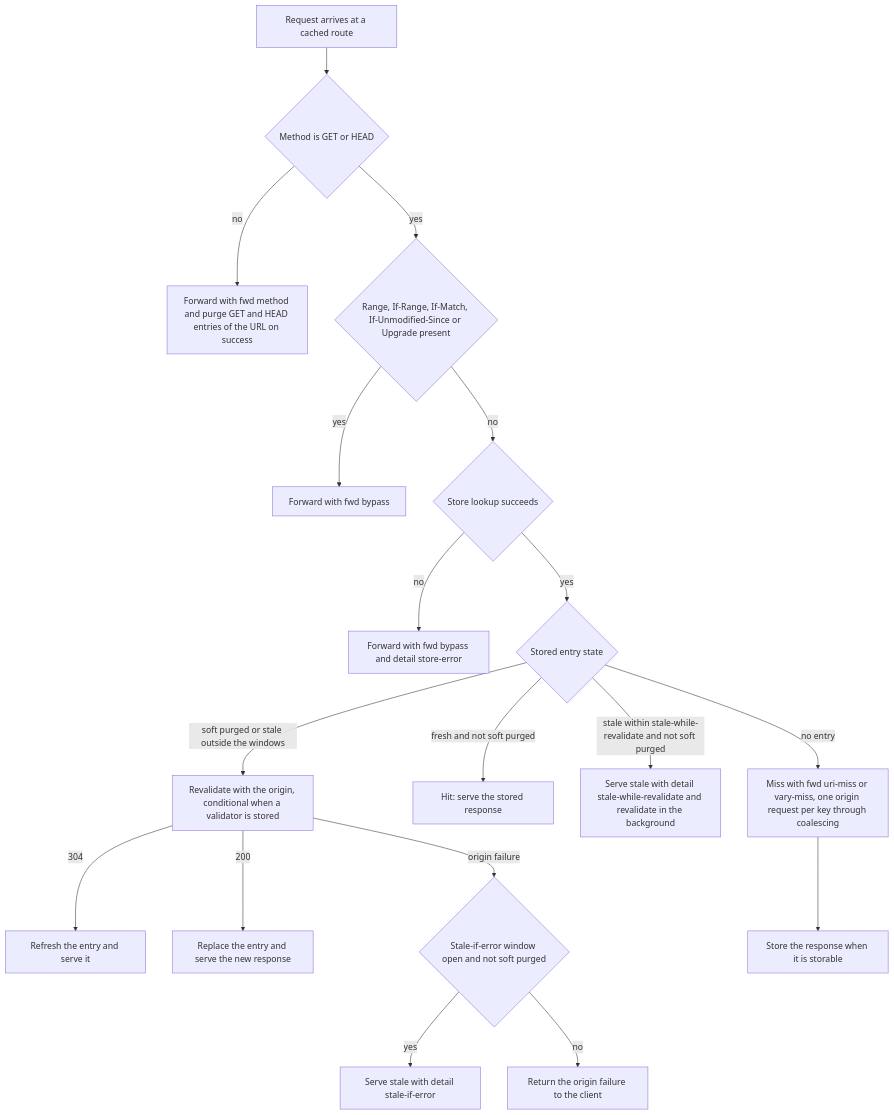
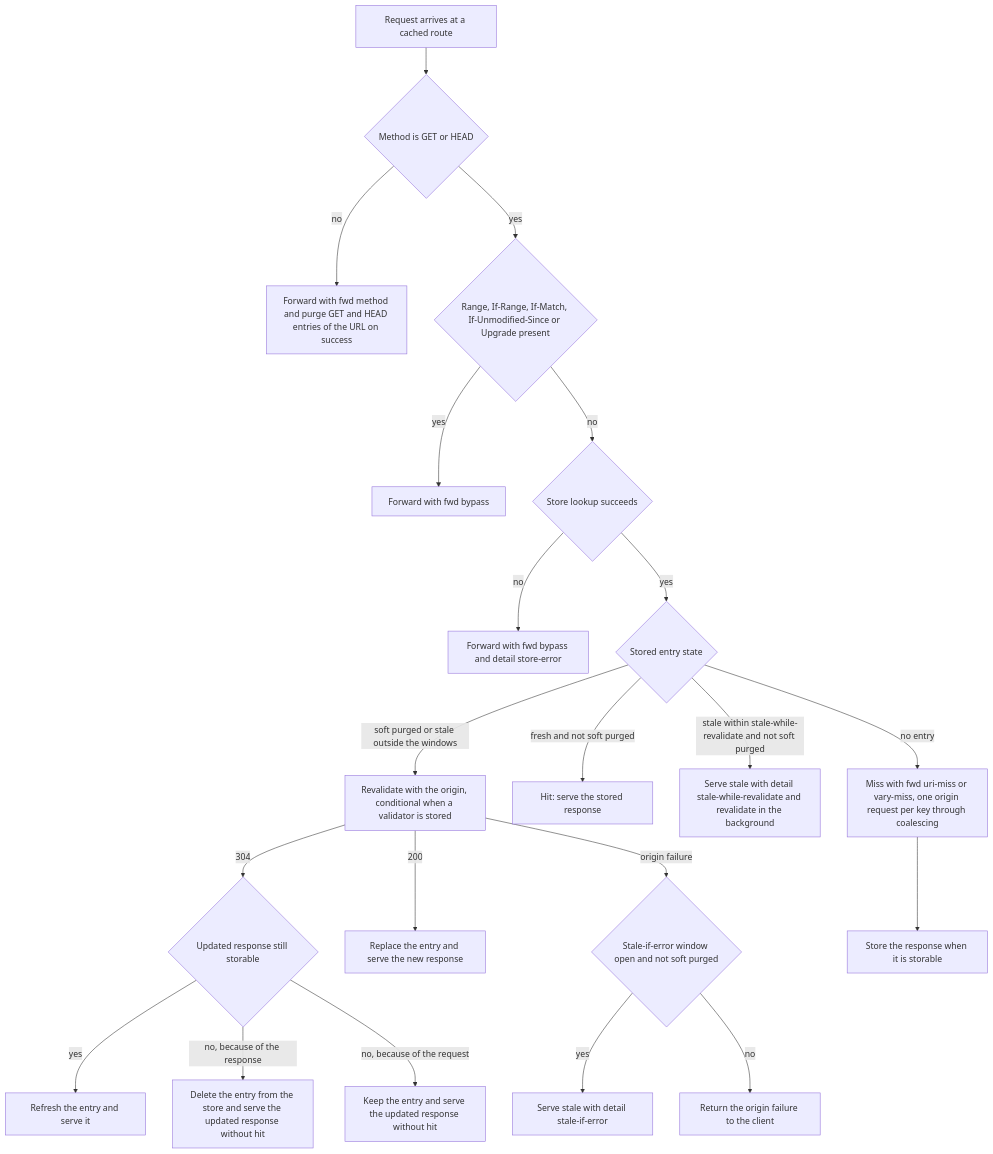
One commit to ok0/go-microgateway changed the first of 2 diagrams in docs/caching.md. Above: the diagram before and after it, drawn with Mermaid. The commit also changed other lines of this file, not shown here.

````diff
--- a/docs/caching.md
+++ b/docs/caching.md
@@ -126,20 +128,23 @@
 ```mermaid
 flowchart TD
     A["Request arrives at a cached route"] --> B{"Method is GET or HEAD"}
     B -- "no" --> M["Forward with fwd method and purge GET and HEAD entries of the URL on success"]
     B -- "yes" --> C{"Range, If-Range, If-Match, If-Unmodified-Since or Upgrade present"}
     C -- "yes" --> BY["Forward with fwd bypass"]
     C -- "no" --> D{"Store lookup succeeds"}
     D -- "no" --> BE["Forward with fwd bypass and detail store-error"]
     D -- "yes" --> E{"Stored entry state"}
     E -- "no entry" --> MI["Miss with fwd uri-miss or vary-miss, one origin request per key through coalescing"]
     E -- "fresh and not soft purged" --> H["Hit: serve the stored response"]
     E -- "stale within stale-while-revalidate and not soft purged" --> SW["Serve stale with detail stale-while-revalidate and revalidate in the background"]
     E -- "soft purged or stale outside the windows" --> RV["Revalidate with the origin, conditional when a validator is stored"]
-    RV -- "304" --> RF["Refresh the entry and serve it"]
+    RV -- "304" --> RS{"Updated response still storable"}
+    RS -- "yes" --> RF["Refresh the entry and serve it"]
+    RS -- "no, because of the response" --> RD["Delete the entry from the store and serve the updated response without hit"]
+    RS -- "no, because of the request" --> RK["Keep the entry and serve the updated response without hit"]
     RV -- "200" --> RP["Replace the entry and serve the new response"]
     RV -- "origin failure" --> RE{"Stale-if-error window open and not soft purged"}
     RE -- "yes" --> SIE["Serve stale with detail stale-if-error"]
     RE -- "no" --> FE["Return the origin failure to the client"]
     MI --> ST["Store the response when it is storable"]
 ```
````
